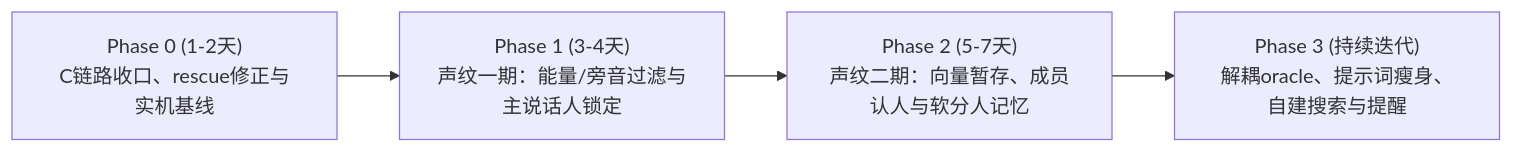
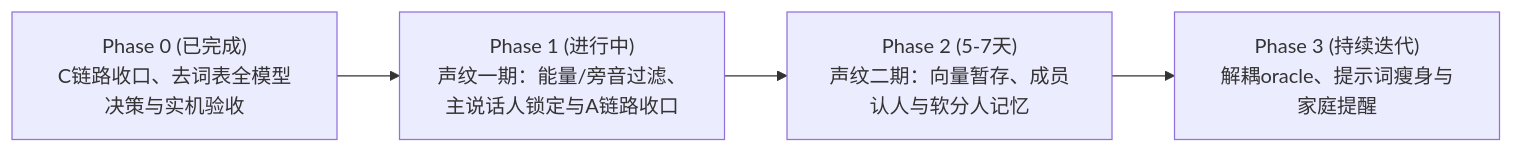
The diagram in docs/superpowers/plans/2026-11-23-route-c-and-speaker-roadmap.md (chenyongming211-glitch/family-companion-robot), drawn with Mermaid before and after one commit. The commit also changed other lines of this file and 9 other files, not shown here.

````diff
--- a/docs/superpowers/plans/2026-11-23-route-c-and-speaker-roadmap.md
+++ b/docs/superpowers/plans/2026-11-23-route-c-and-speaker-roadmap.md
@@ -91,6 +69,6 @@
 ```mermaid
 flowchart LR
-    P0["Phase 0 (1-2天)\nC链路收口、rescue修正与实机基线"] --> P1["Phase 1 (3-4天)\n声纹一期：能量/旁音过滤与主说话人锁定"]
+    P0["Phase 0 (已完成)\nC链路收口、去词表全模型决策与实机验收"] --> P1["Phase 1 (进行中)\n声纹一期：能量/旁音过滤、主说话人锁定与A链路收口"]
     P1 --> P2["Phase 2 (5-7天)\n声纹二期：向量暂存、成员认人与软分人记忆"]
-    P2 --> P3["Phase 3 (持续迭代)\n解耦oracle、提示词瘦身、自建搜索与提醒"]
+    P2 --> P3["Phase 3 (持续迭代)\n解耦oracle、提示词瘦身与家庭提醒"]
 ```
````
